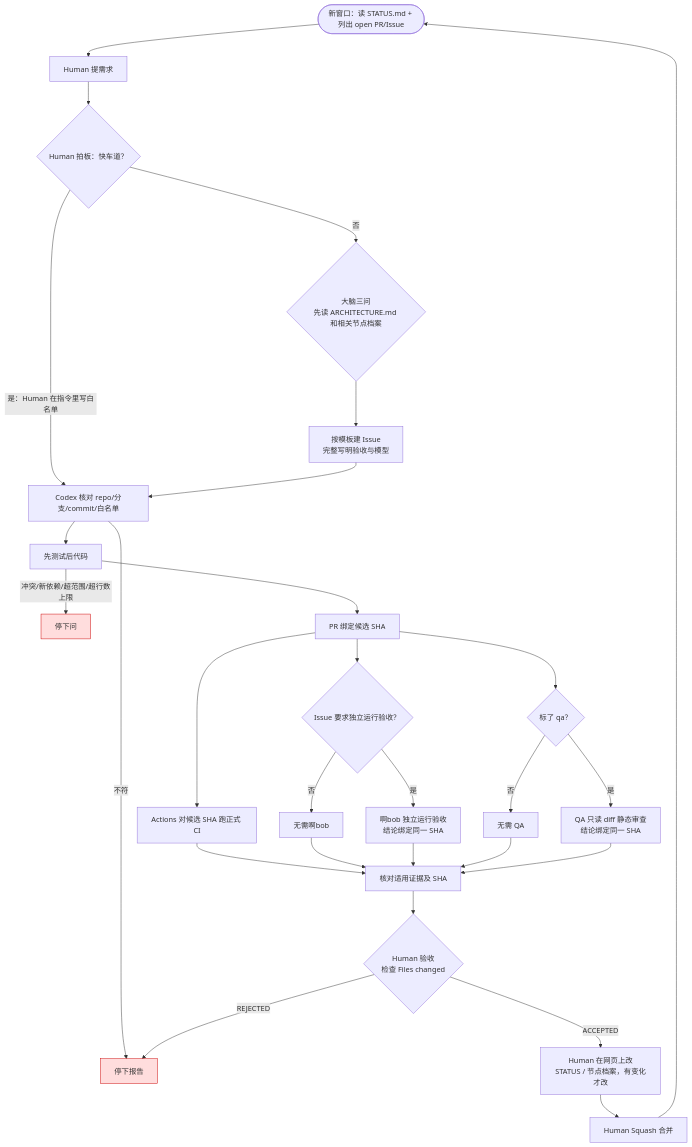
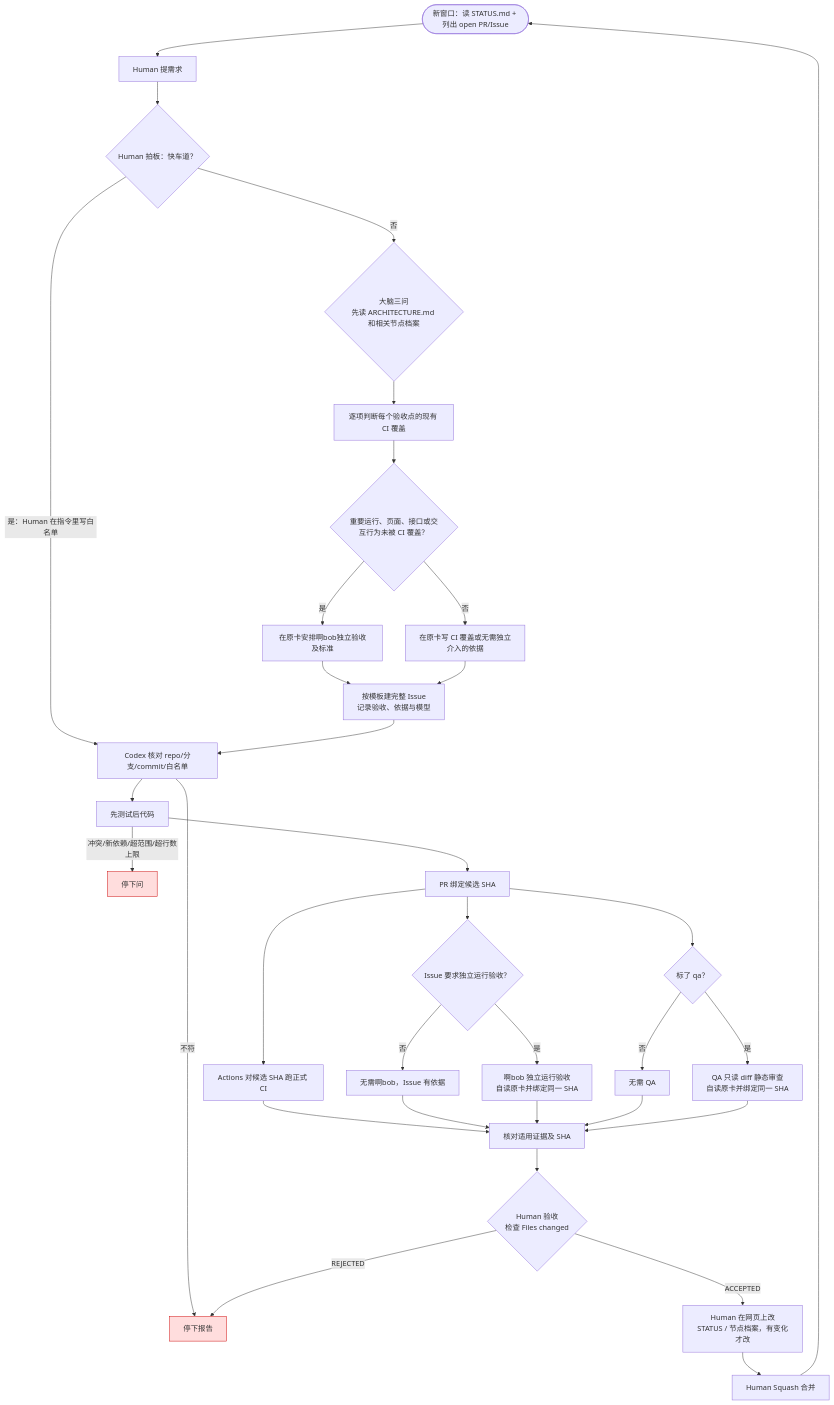
One commit to zwmhua/Solo-Flow changed the diagram in WORKFLOW.md. Above: the diagram before and after it, drawn with Mermaid. The commit also changed other lines of this file and 6 other files, not shown here.

````diff
--- a/WORKFLOW.md
+++ b/WORKFLOW.md
@@ -46,33 +48,38 @@
 ```mermaid
 flowchart TD
     S([新窗口：读 STATUS.md + 列出 open PR/Issue]) --> A[Human 提需求]
     A --> FAST{Human 拍板：快车道？}
     FAST -->|是：Human 在指令里写白名单| G
     FAST -->|否| BRAIN{大脑三问<br>先读 ARCHITECTURE.md 和相关节点档案}
-    BRAIN --> I[按模板建 Issue<br>完整写明验收与模型]
+    BRAIN --> COVER[逐项判断每个验收点的现有 CI 覆盖]
+    COVER --> NEED{重要运行、页面、接口或交互行为未被 CI 覆盖？}
+    NEED -->|是| BOBREQ[在原卡安排啊bob独立验收及标准]
+    NEED -->|否| BASIS[在原卡写 CI 覆盖或无需独立介入的依据]
+    BOBREQ --> I[按模板建完整 Issue<br>记录验收、依据与模型]
+    BASIS --> I
     I --> G[Codex 核对 repo/分支/commit/白名单]
     G -->|不符| X1[停下报告]
     G --> TEST[先测试后代码]
     TEST -->|冲突/新依赖/超范围/超行数上限| X2[停下问]
     TEST --> P[PR 绑定候选 SHA]
     P --> CI[Actions 对候选 SHA 跑正式 CI]
     P --> BOB{Issue 要求独立运行验收？}
-    BOB -->|否| SKIPBOB[无需啊bob]
-    BOB -->|是| RUN[啊bob 独立运行验收<br>结论绑定同一 SHA]
+    BOB -->|否| SKIPBOB[无需啊bob，Issue 有依据]
+    BOB -->|是| RUN[啊bob 独立运行验收<br>自读原卡并绑定同一 SHA]
     P --> QA{标了 qa？}
     QA -->|否| SKIPQA[无需 QA]
-    QA -->|是| REVIEW[QA 只读 diff 静态审查<br>结论绑定同一 SHA]
+    QA -->|是| REVIEW[QA 只读 diff 静态审查<br>自读原卡并绑定同一 SHA]
     CI --> EVID[核对适用证据及 SHA]
     SKIPBOB --> EVID
     RUN --> EVID
     SKIPQA --> EVID
     REVIEW --> EVID
     EVID --> HUMAN{Human 验收<br>检查 Files changed}
     HUMAN -->|ACCEPTED| W[Human 在网页上改<br>STATUS / 节点档案，有变化才改]
     HUMAN -->|REJECTED| X1
     W --> M[Human Squash 合并]
     M --> S
 
     classDef stop fill:#fdd,stroke:#c00
     class X1,X2 stop
 ```
````
